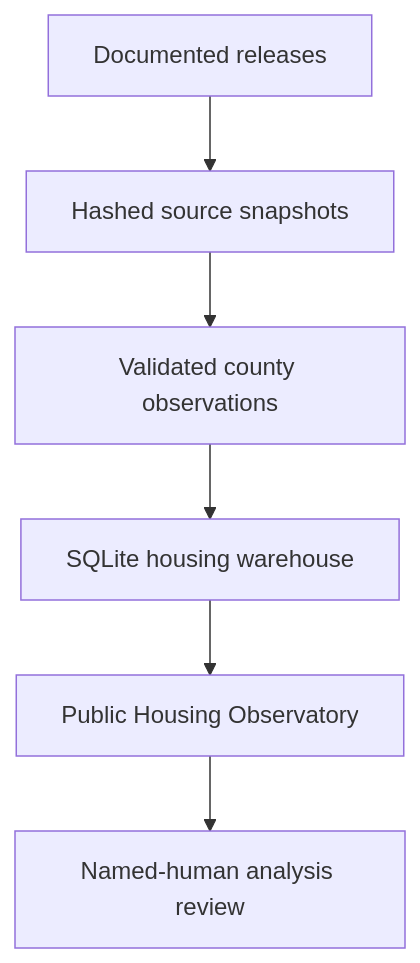
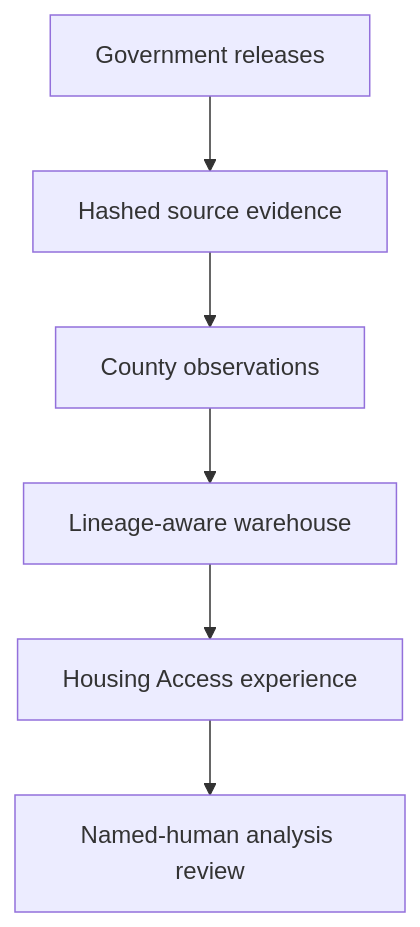
One commit to CRyanBriggs/the-bay-outlook changed the diagram in README.md. Above: the diagram before and after it, drawn with Mermaid. The commit also changed other lines of this file and 18 other files, not shown here.

Commit message:
Publish Phase 14 v1.2 housing access and displacement

````diff
--- a/README.md
+++ b/README.md
@@ -48,8 +41,8 @@
 ```mermaid
 flowchart TD
-    A["Documented releases"] --> B["Hashed source snapshots"]
-    B --> C["Validated county observations"]
-    C --> D["SQLite housing warehouse"]
-    D --> E["Public Housing Observatory"]
+    A["Government releases"] --> B["Hashed source evidence"]
+    B --> C["County observations"]
+    C --> D["Lineage-aware warehouse"]
+    D --> E["Housing Access experience"]
     E --> F["Named-human analysis review"]
 ```
````
